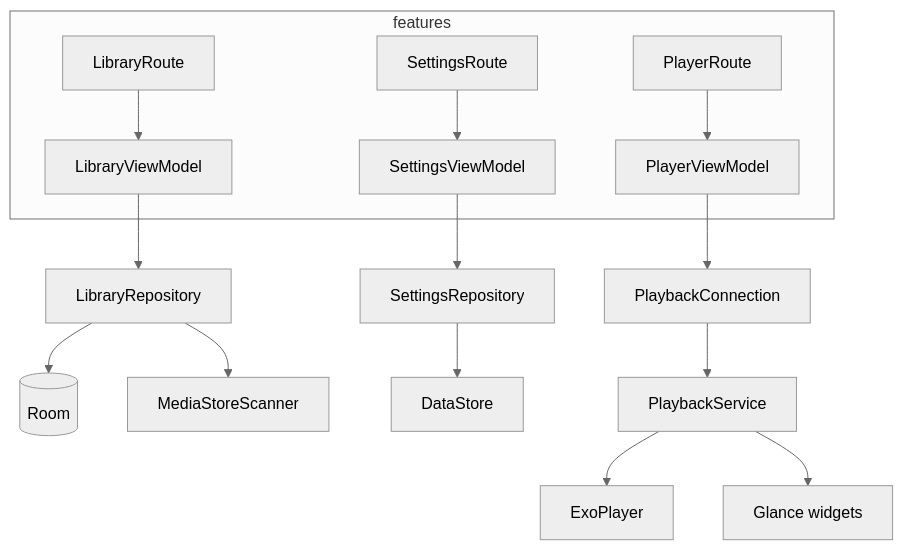
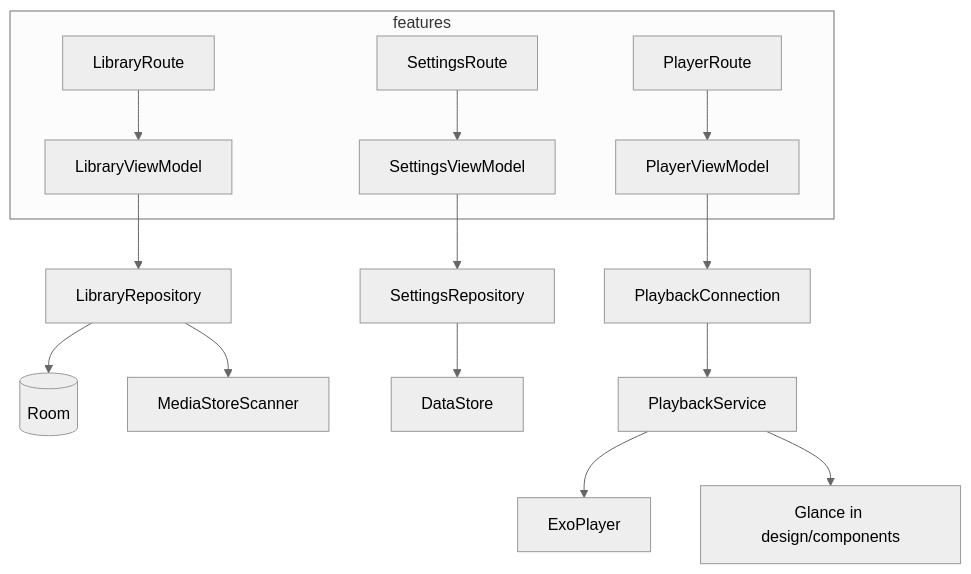
One commit to william-franco/Resonance changed the diagram in README.md. Above: the diagram before and after it, drawn with Mermaid (neutral theme). The commit also changed other lines of this file and 81 other files, not shown here.

Commit message:
:building_construction: Updated project architecture under src/common.

````diff
--- a/README.md
+++ b/README.md
@@ -7,17 +7,17 @@
 ```mermaid
 flowchart TB
   subgraph ui [features]
     LibraryRoute --> LibraryViewModel
     PlayerRoute --> PlayerViewModel
     SettingsRoute --> SettingsViewModel
   end
   LibraryViewModel --> LibraryRepository
   SettingsViewModel --> SettingsRepository
   LibraryRepository --> RoomDB[(Room)]
   LibraryRepository --> MediaStoreScanner
   SettingsRepository --> DataStore
   PlayerViewModel --> PlaybackConnection
   PlaybackConnection --> PlaybackService
   PlaybackService --> ExoPlayer
-  PlaybackService --> PlayerWidget[Glance widgets]
+  PlaybackService --> PlayerWidget[Glance in design/components]
 ```
````
